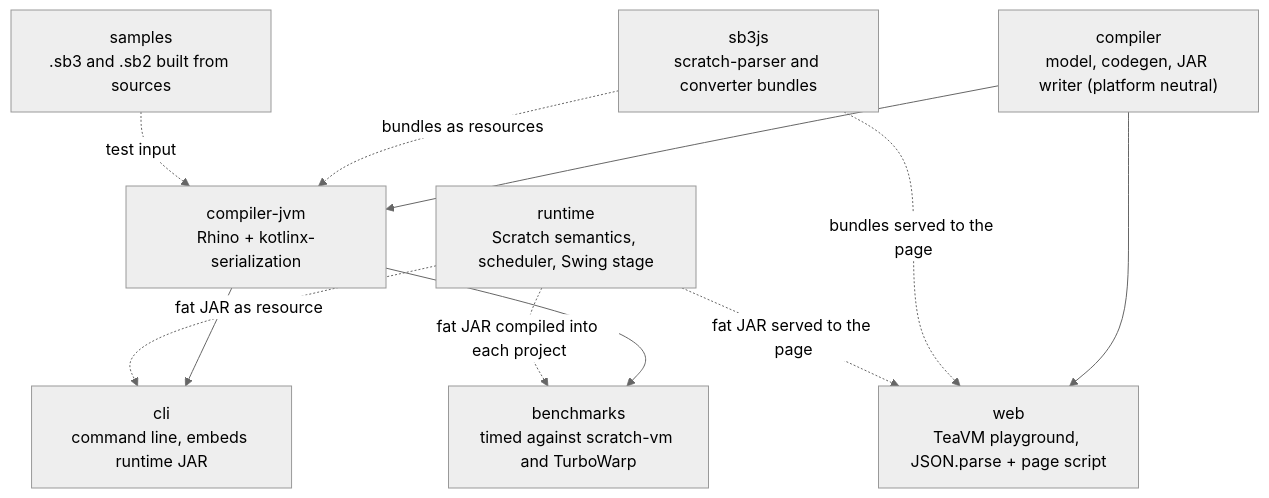
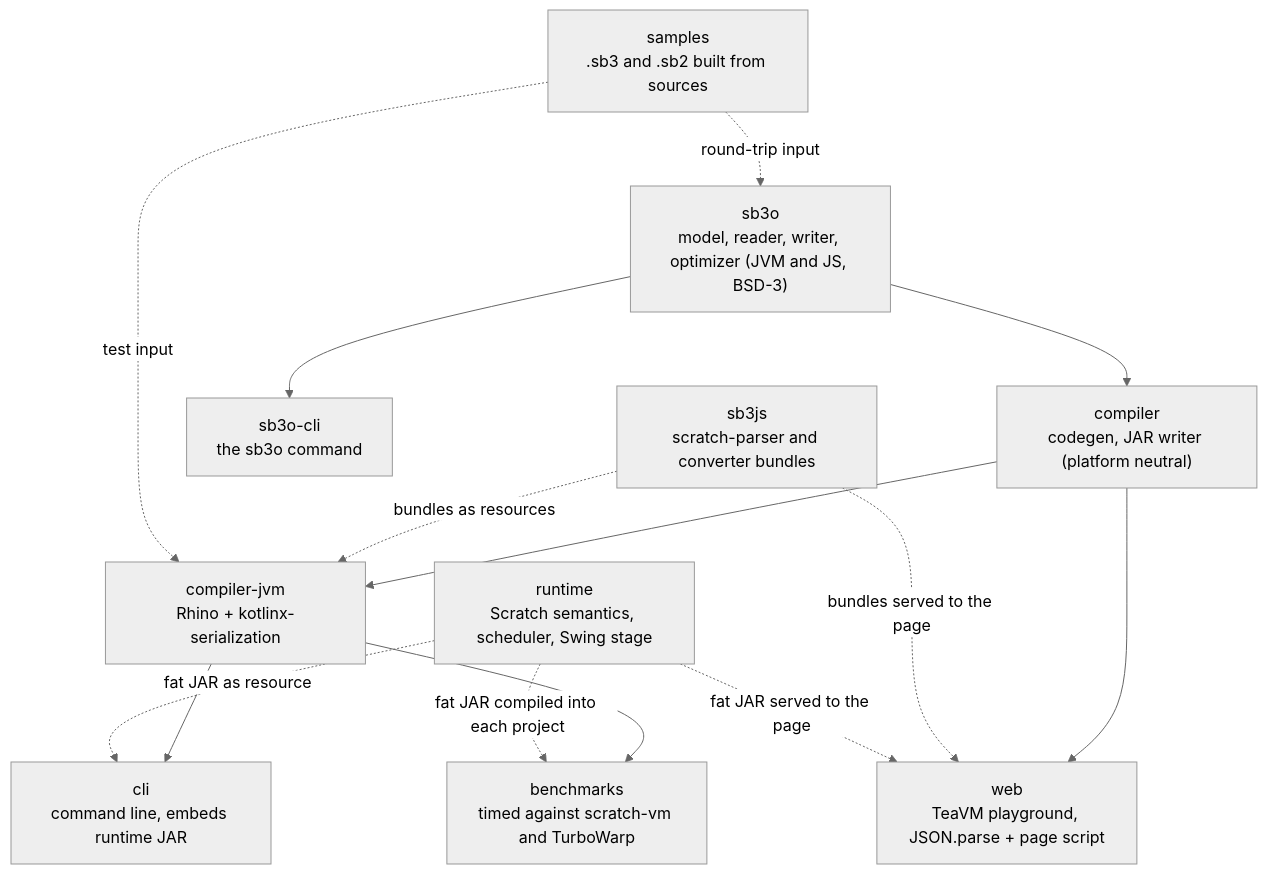
The fifth of 5 diagrams in docs/architecture.md (AstroBlocksMod/jScratch), drawn with Mermaid (neutral theme) before and after one commit. The commit also changed other lines of this file and 24 other files, not shown here.

````diff
--- a/docs/architecture.md
+++ b/docs/architecture.md
@@ -157,21 +158,26 @@
 ```mermaid
 flowchart TD
     sb3js["sb3js<br>scratch-parser and converter bundles"]
+    sb3o["sb3o<br>model, reader, writer, optimizer (JVM and JS, BSD-3)"]
+    sb3oCli["sb3o-cli<br>the sb3o command"]
     runtime["runtime<br>Scratch semantics, scheduler, Swing stage"]
-    compiler["compiler<br>model, codegen, JAR writer (platform neutral)"]
+    compiler["compiler<br>codegen, JAR writer (platform neutral)"]
     compilerJvm["compiler-jvm<br>Rhino + kotlinx-serialization"]
     cli["cli<br>command line, embeds runtime JAR"]
     web["web<br>TeaVM playground, JSON.parse + page script"]
     samples["samples<br>.sb3 and .sb2 built from sources"]
     benchmarks["benchmarks<br>timed against scratch-vm and TurboWarp"]
+    sb3o --> sb3oCli
+    sb3o --> compiler
     compiler --> compilerJvm
     compiler --> web
     compilerJvm --> cli
     compilerJvm --> benchmarks
     runtime -. fat JAR compiled into each project .-> benchmarks
     sb3js -. bundles as resources .-> compilerJvm
     sb3js -. bundles served to the page .-> web
     runtime -. fat JAR as resource .-> cli
     runtime -. fat JAR served to the page .-> web
     samples -. test input .-> compilerJvm
+    samples -. round-trip input .-> sb3o
 ```
````
